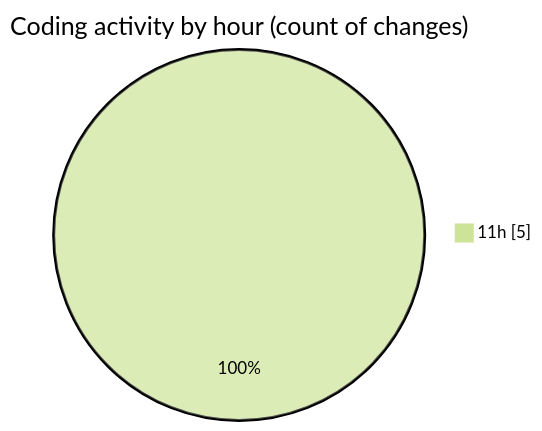
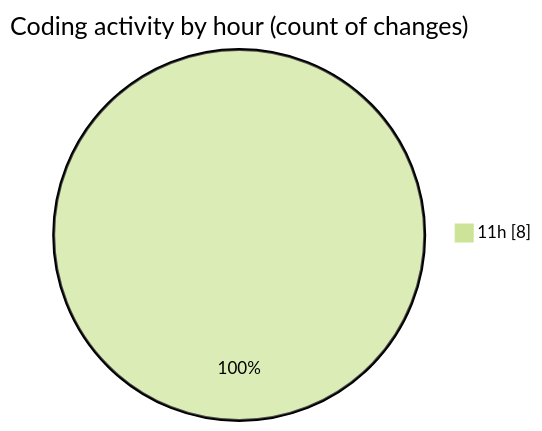
The second of 2 diagrams in 2025-02-03/java/README.md (NitaiMahat/code-tracking), drawn with Mermaid (forest theme) before and after one commit. The commit also changed other lines of this file and 1 other file, not shown here.

````diff
--- a/2025-02-03/java/README.md
+++ b/2025-02-03/java/README.md
@@ -28,5 +28,5 @@
 ```mermaid
 pie showData
 title Coding activity by hour (count of changes)
-"11h" : 5
+"11h" : 8
 ```
````
